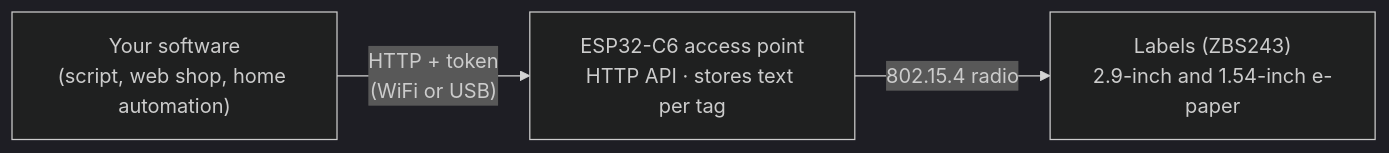
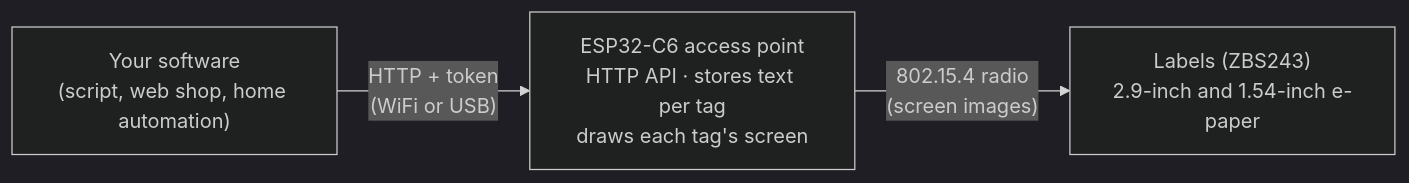
One commit to mathiasbk/openESL changed the diagram in README.md. Above: the diagram before and after it, drawn with Mermaid (dark theme). The commit also changed other lines of this file and 11 other files, not shown here.

Commit message:
Docs: the AP draws the screens, the tag shows images (work in progress)

````diff
--- a/README.md
+++ b/README.md
@@ -69,8 +69,8 @@
 ```mermaid
 flowchart LR
     client["Your software<br/>(script, web shop, home automation)"]
-    ap["ESP32-C6 access point<br/>HTTP API · stores text per tag"]
+    ap["ESP32-C6 access point<br/>HTTP API · stores text per tag<br/>draws each tag's screen"]
     tags["Labels (ZBS243)<br/>2.9-inch and 1.54-inch e-paper"]
     client -- "HTTP + token<br/>(WiFi or USB)" --> ap
-    ap -- "802.15.4 radio" --> tags
+    ap -- "802.15.4 radio<br/>(screen images)" --> tags
 ```
````
